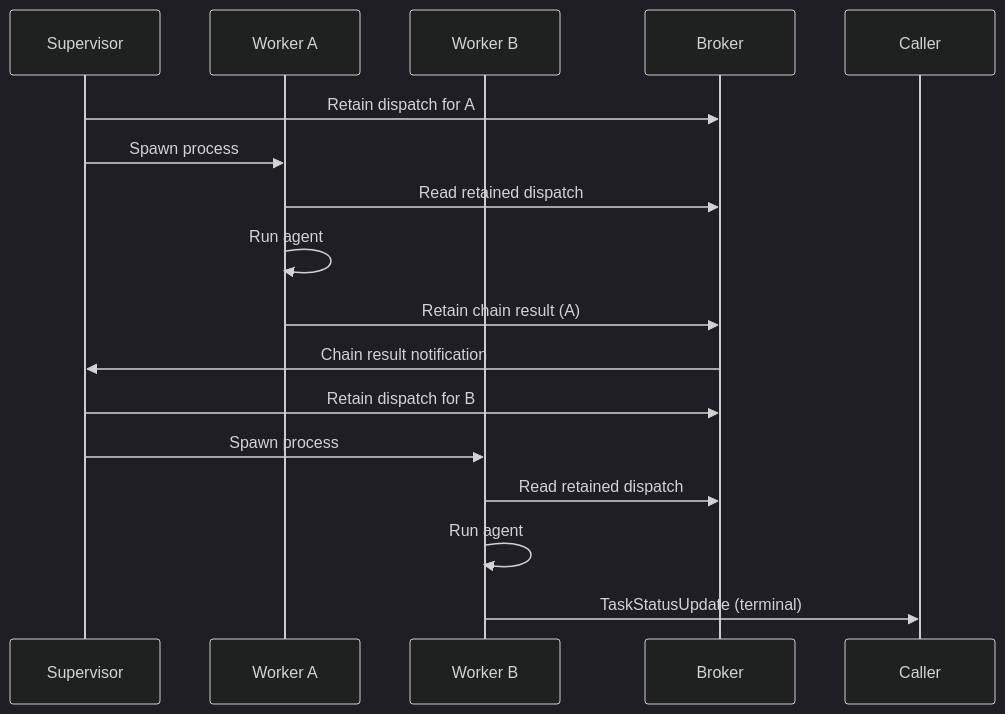
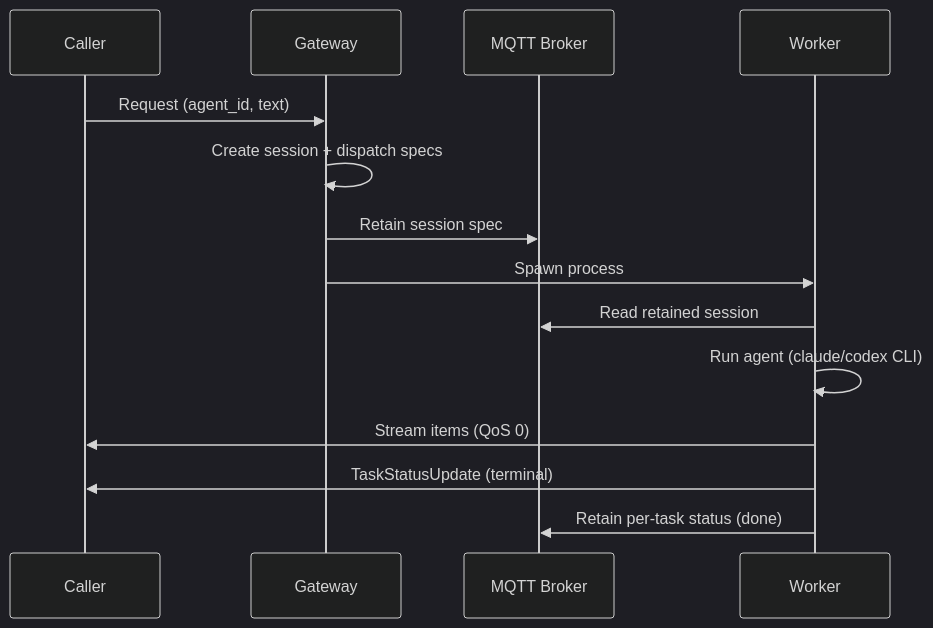
One commit to id/skitter changed the first of 3 diagrams in docs/architecture.md. Above: the diagram before and after it, drawn with Mermaid (dark theme). The commit also changed other lines of this file and 28 other files, not shown here.

````diff
--- a/docs/architecture.md
+++ b/docs/architecture.md
@@ -41,18 +44,17 @@
 ```mermaid
 sequenceDiagram
-    participant S as Supervisor
-    participant W1 as Worker A
-    participant W2 as Worker B
+    participant C as Caller
+    participant G as Gateway
+    participant B as MQTT Broker
+    participant W as Worker
 
-    S->>Broker: Retain dispatch for A
-    S->>W1: Spawn process
-    W1->>Broker: Read retained dispatch
-    W1->>W1: Run agent
-    W1->>Broker: Retain chain result (A)
-    Broker->>S: Chain result notification
-    S->>Broker: Retain dispatch for B
-    S->>W2: Spawn process
-    W2->>Broker: Read retained dispatch
-    W2->>W2: Run agent
-    W2->>Caller: TaskStatusUpdate (terminal)
+    C->>G: Request (agent_id, text)
+    G->>G: Create session + dispatch specs
+    G->>B: Retain session spec
+    G->>W: Spawn process
+    W->>B: Read retained session
+    W->>W: Run agent (claude/codex CLI)
+    W->>C: Stream items (QoS 0)
+    W->>C: TaskStatusUpdate (terminal)
+    W->>B: Retain per-task status (done)
 ```
````
